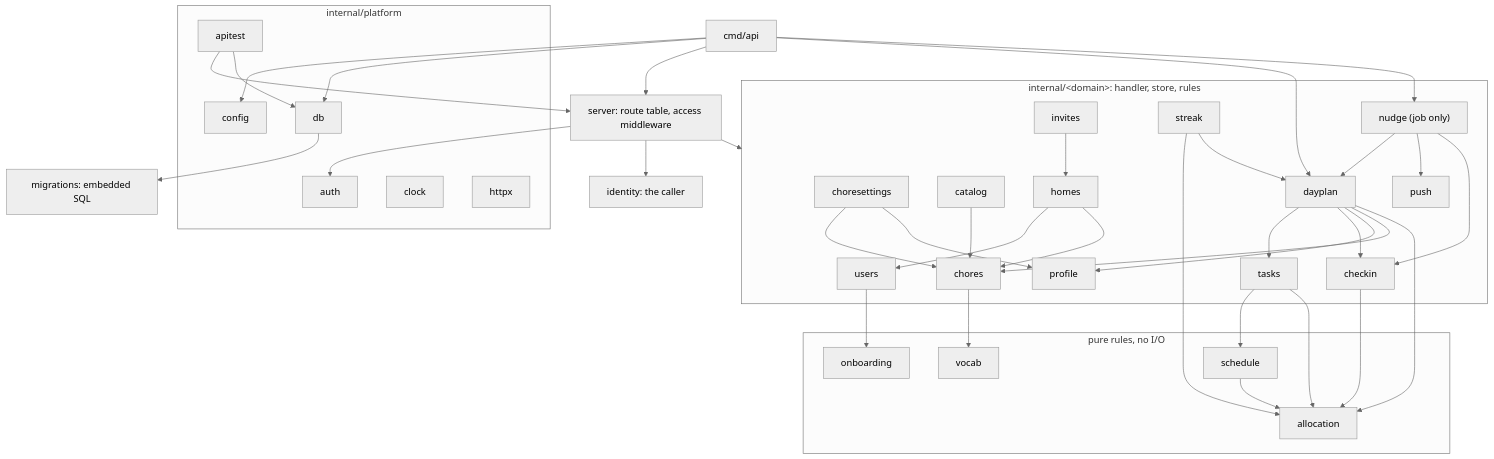
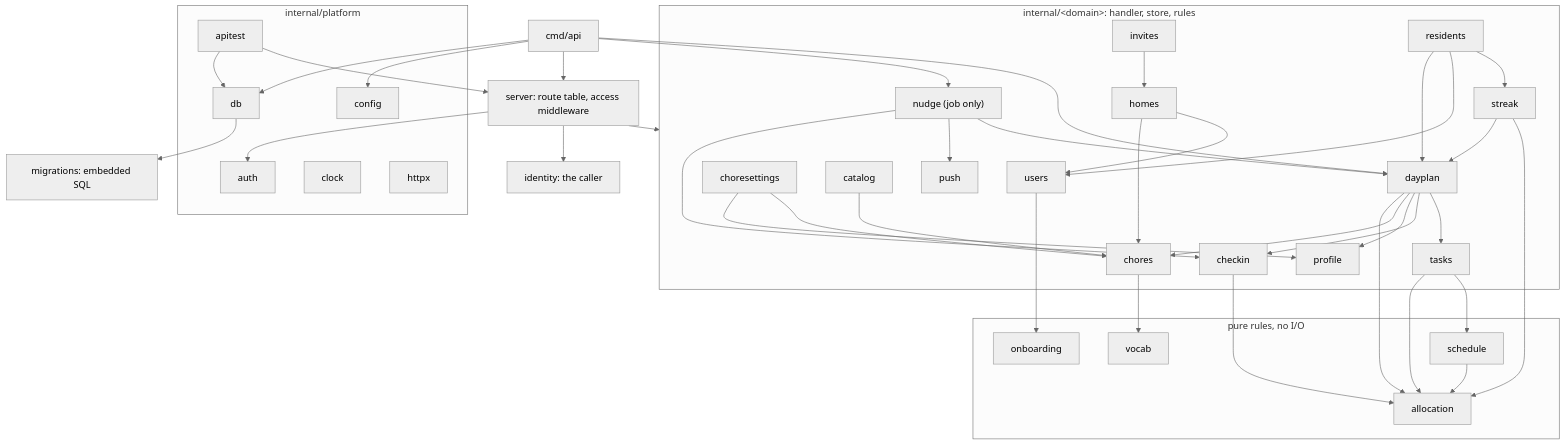
The first of 3 diagrams in docs/architecture/backend.md (AbnerWillclefy/Homeowner), drawn with Mermaid (neutral theme) before and after one commit. The commit also changed other lines of this file, not shown here.

Commit message:
docs(architecture): describe the residents package and the batched streak read

````diff
--- a/docs/architecture/backend.md
+++ b/docs/architecture/backend.md
@@ -36,74 +36,78 @@
 ```mermaid
 flowchart TD
     main["cmd/api"]
     server["server: route table, access middleware"]
 
     subgraph domains["internal/&lt;domain&gt;: handler, store, rules"]
         users
         homes
         invites
         chores
         choresettings
         catalog
         profile
         tasks
         dayplan
         checkin
         streak
+        residents
         push
         nudge["nudge (job only)"]
     end
 
     subgraph pure["pure rules, no I/O"]
         alloc["allocation"]
         schedule
         onboarding
         vocab
     end
 
     subgraph platform["internal/platform"]
         auth
         clock
         config
         db
         httpx
         apitest
     end
 
     identity["identity: the caller"]
     mig["migrations: embedded SQL"]
 
     main --> server
     main --> dayplan
     main --> nudge
     main --> config
     main --> db
     server --> domains
     server --> identity
     server --> auth
     homes --> users
     homes --> chores
     invites --> homes
     users --> onboarding
     catalog --> chores
     choresettings --> chores
     choresettings --> profile
     dayplan --> tasks
     dayplan --> checkin
     dayplan --> profile
     dayplan --> chores
     dayplan --> alloc
     streak --> alloc
     streak --> dayplan
+    residents --> streak
+    residents --> users
+    residents --> dayplan
     tasks --> schedule
     tasks --> alloc
     schedule --> alloc
     checkin --> alloc
     nudge --> dayplan
     nudge --> push
     nudge --> checkin
     chores --> vocab
     db --> mig
     apitest --> server
     apitest --> db
 ```
````
